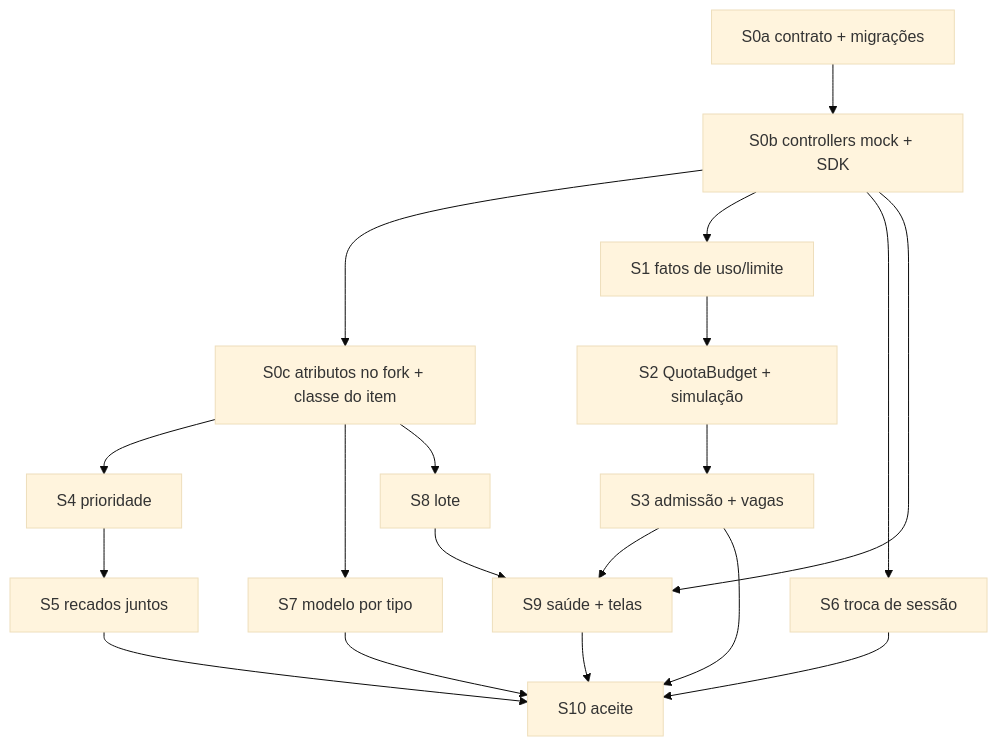
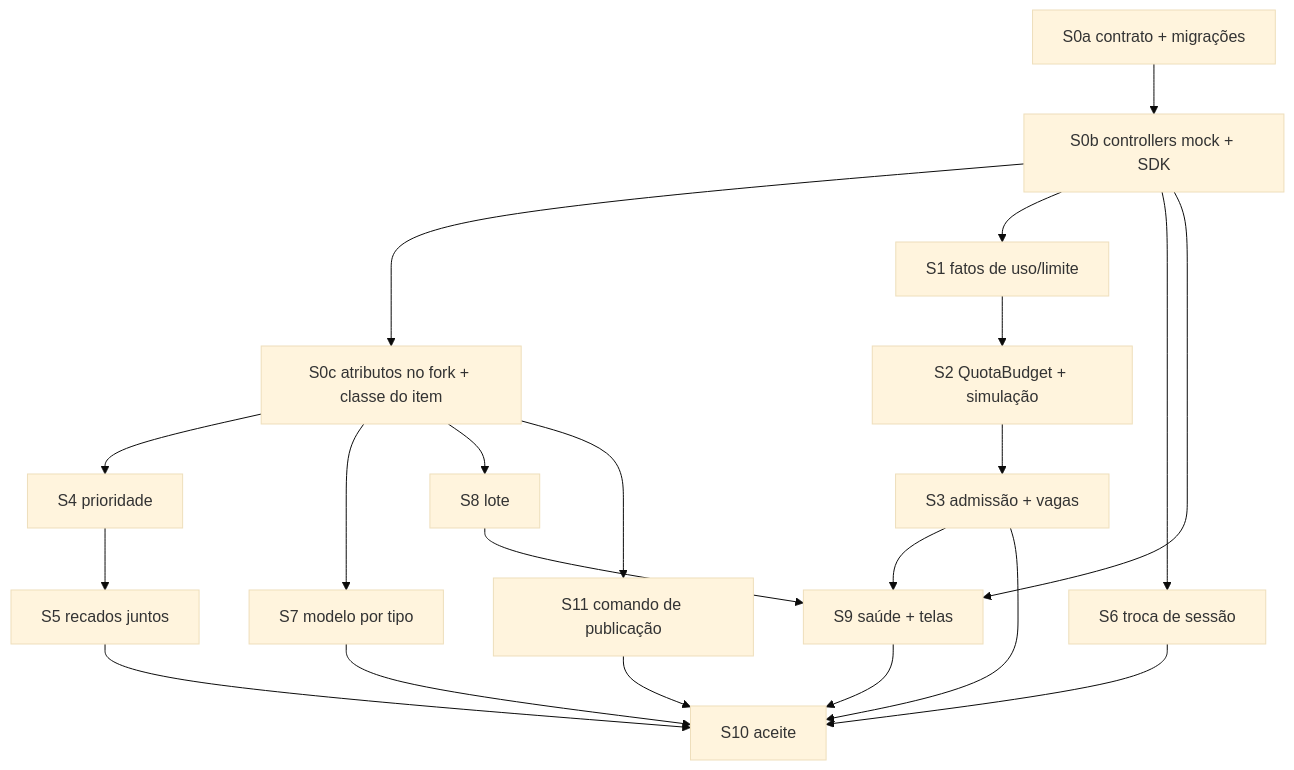
One commit to gabriellst/codm changed the diagram in .plans/2026-11-19-fase-4-vazao.md. Above: the diagram before and after it, drawn with Mermaid (base theme). The commit also changed other lines of this file and 1 other file, not shown here.

````diff
--- a/.plans/2026-11-19-fase-4-vazao.md
+++ b/.plans/2026-11-19-fase-4-vazao.md
@@ -58,21 +59,23 @@
 ```mermaid
 graph TD
   S0a[S0a contrato + migrações] --> S0b[S0b controllers mock + SDK]
   S0b --> S0c[S0c atributos no fork + classe do item]
   S0b --> S1[S1 fatos de uso/limite]
   S1 --> S2[S2 QuotaBudget + simulação]
   S2 --> S3[S3 admissão + vagas]
   S0c --> S4[S4 prioridade]
   S4 --> S5[S5 recados juntos]
   S0b --> S6[S6 troca de sessão]
   S0c --> S7[S7 modelo por tipo]
   S0c --> S8[S8 lote]
   S0b --> S9[S9 saúde + telas]
   S3 --> S9
   S8 --> S9
   S3 --> S10[S10 aceite]
   S5 --> S10
   S6 --> S10
   S7 --> S10
   S9 --> S10
+  S0c --> S11[S11 comando de publicação]
+  S11 --> S10
 ```
````
